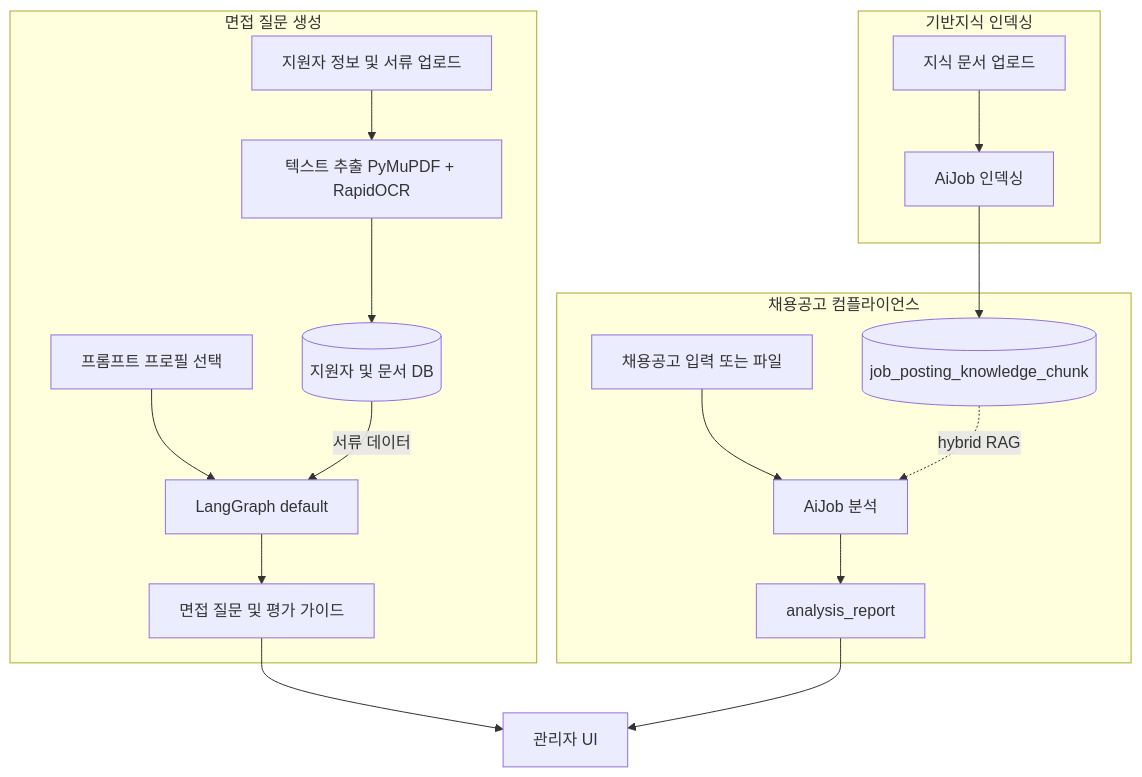
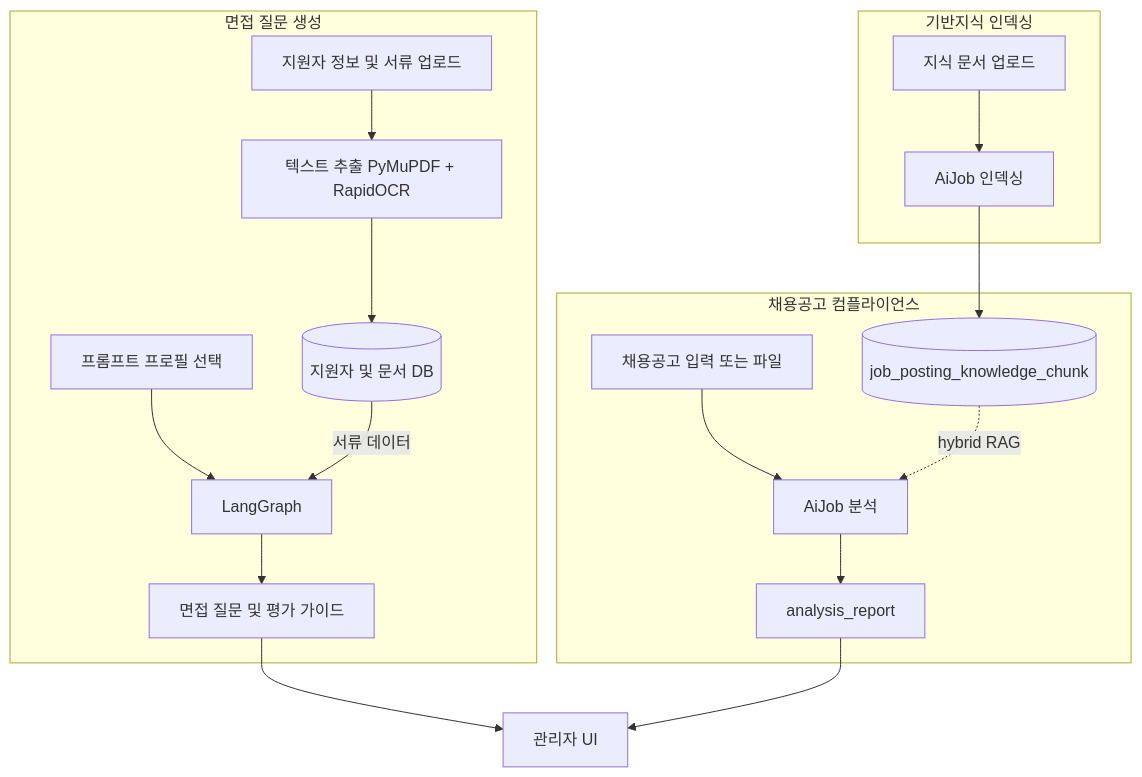
One commit to bamti95/hr-copilot changed the first of 3 diagrams in README.md. Above: the diagram before and after it, drawn with Mermaid. The commit also changed other lines of this file, not shown here.

````diff
--- a/README.md
+++ b/README.md
@@ -97,24 +100,24 @@
 ```mermaid
 graph TD
     subgraph InterviewTrack [면접 질문 생성]
         Input[지원자 정보 및 서류 업로드] --> Parsing[텍스트 추출 PyMuPDF + RapidOCR]
         Parsing --> CandDB[(지원자 및 문서 DB)]
-        Profile[프롬프트 프로필 선택] --> Agent[LangGraph default]
+        Profile[프롬프트 프로필 선택] --> Agent[LangGraph]
         CandDB -->|서류 데이터| Agent
         Agent --> Questions[면접 질문 및 평가 가이드]
     end
 
     subgraph ComplianceTrack [채용공고 컴플라이언스]
         Posting[채용공고 입력 또는 파일] --> AnalyzeJob[AiJob 분석]
         KnowledgeDB[(job_posting_knowledge_chunk)] -.->|hybrid RAG| AnalyzeJob
         AnalyzeJob --> Report[analysis_report]
     end
 
     subgraph KnowledgeTrack [기반지식 인덱싱]
         KnowledgeUpload[지식 문서 업로드] --> IndexJob[AiJob 인덱싱]
         IndexJob --> KnowledgeDB
     end
 
     Questions --> WebUI[관리자 UI]
     Report --> WebUI
 ```
````
